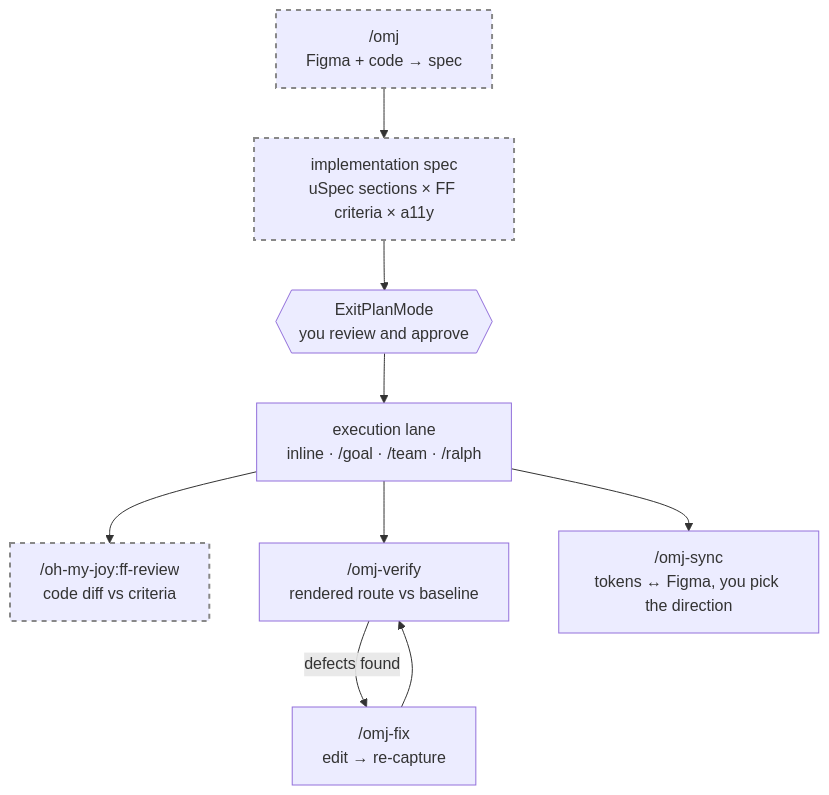
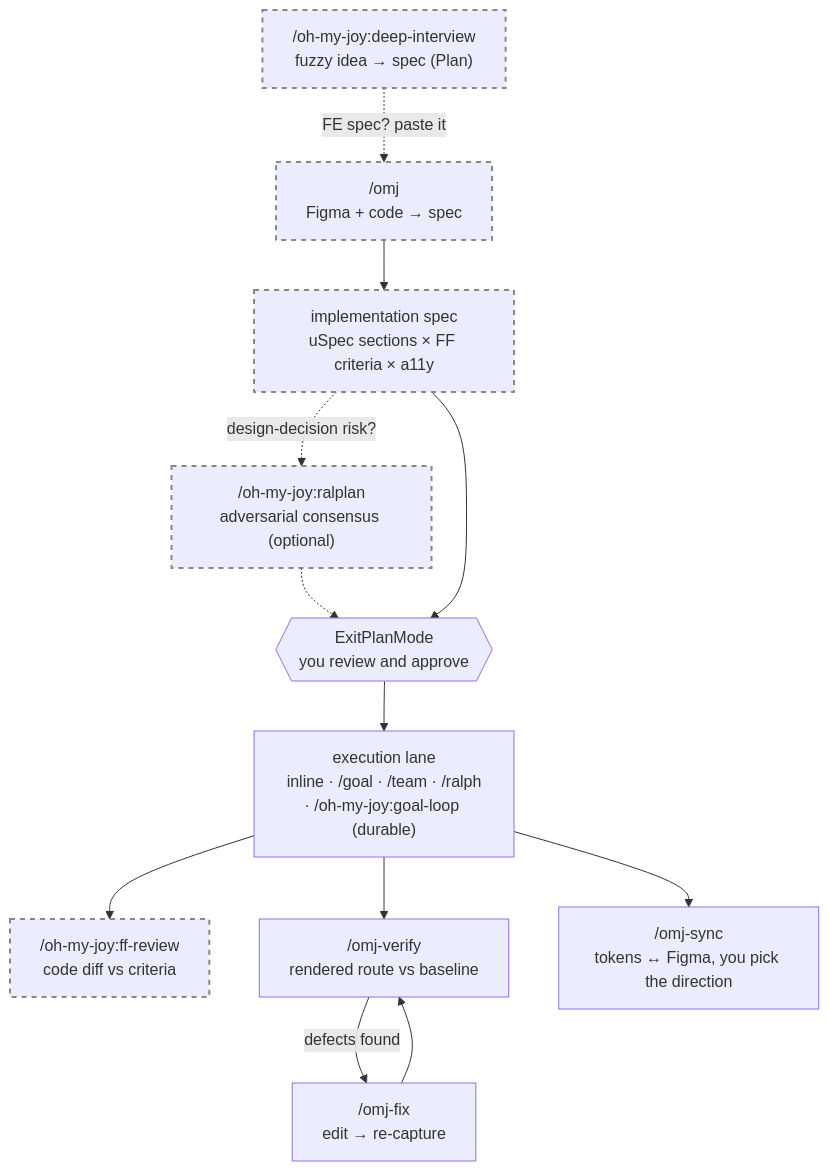
Before and after one commit to S-jooyoung/oh-my-joy: the diagram in README.md, drawn with Mermaid. The commit also changed other lines of this file and 9 other files, not shown here.

````diff
--- a/README.md
+++ b/README.md
@@ -28,13 +28,16 @@
 ```mermaid
 flowchart TD
+    DI["/oh-my-joy:deep-interview<br/>fuzzy idea → spec (Plan)"]:::readonly -.->|"FE spec? paste it"| A
     A["/omj<br/>Figma + code → spec"]:::readonly --> B["implementation spec<br/>uSpec sections × FF criteria × a11y"]:::readonly
+    B -.->|"design-decision risk?"| R["/oh-my-joy:ralplan<br/>adversarial consensus (optional)"]:::readonly
+    R -.-> C
     B --> C{{"ExitPlanMode<br/>you review and approve"}}
-    C --> D["execution lane<br/>inline · /goal · /team · /ralph"]
+    C --> D["execution lane<br/>inline · /goal · /team · /ralph<br/>· /oh-my-joy:goal-loop (durable)"]
     D --> E["/oh-my-joy:ff-review<br/>code diff vs criteria"]:::readonly
     D --> F["/omj-verify<br/>rendered route vs baseline"]
     F -->|defects found| G["/omj-fix<br/>edit → re-capture"]
     G --> F
     D --> H["/omj-sync<br/>tokens ↔ Figma, you pick the direction"]
 
     classDef readonly stroke:#888,stroke-width:2px,stroke-dasharray: 5 5;
 ```
````
